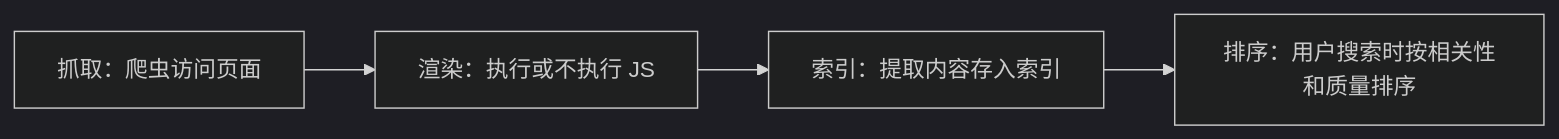
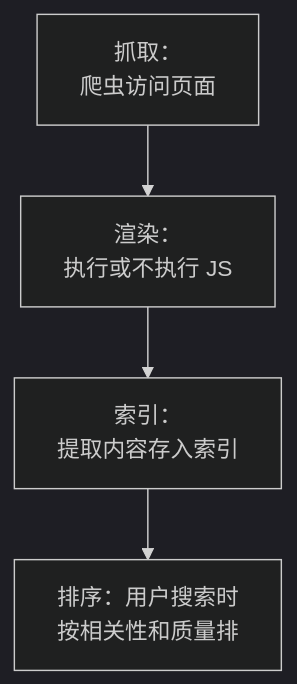
The diagram in books/growth-marketing/02-seo.md (jarvis-pro/hatch-shelf), drawn with Mermaid (dark theme) before and after one commit. The commit also changed 432 other files, not shown here.

````diff
--- a/books/growth-marketing/02-seo.md
+++ b/books/growth-marketing/02-seo.md
@@ -26,6 +26,6 @@
 ```mermaid
-flowchart LR
-  C["抓取：爬虫访问页面"] --> R["渲染：执行或不执行 JS"]
-  R --> I["索引：提取内容存入索引"]
-  I --> Q["排序：用户搜索时按相关性和质量排序"]
+flowchart TD
+  C["抓取：<br/>爬虫访问页面"] --> R["渲染：<br/>执行或不执行 JS"]
+  R --> I["索引：<br/>提取内容存入索引"]
+  I --> Q["排序：用户搜索时<br/>按相关性和质量排"]
 ```
````
